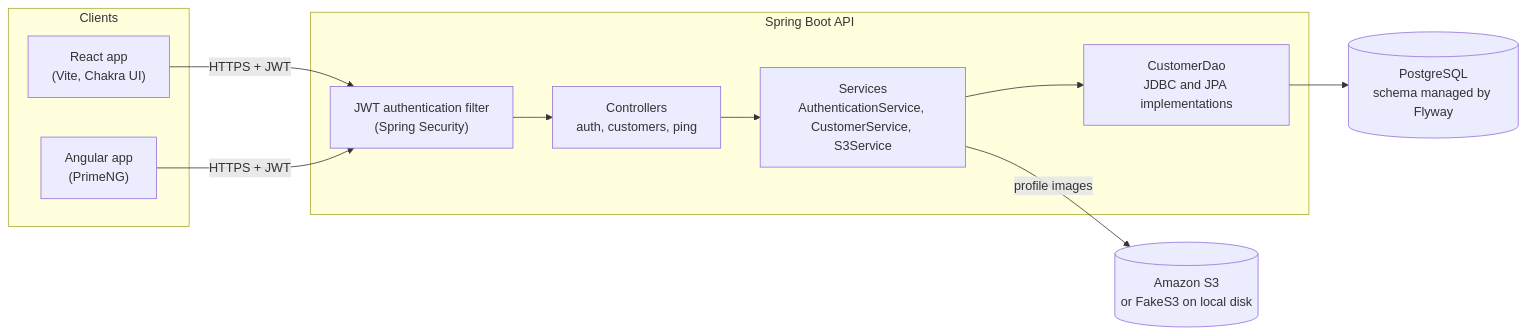
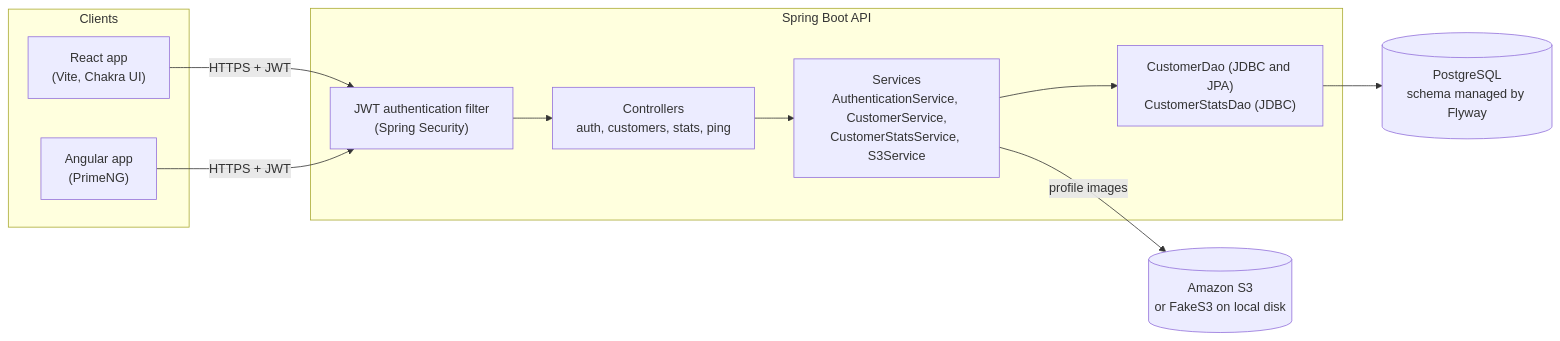
One commit to Rimaz17/clientele changed the first of 3 diagrams in docs/architecture.md. Above: the diagram before and after it, drawn with Mermaid. The commit also changed other lines of this file, not shown here.

Commit message:
docs: describe the stats endpoint in the architecture notes

````diff
--- a/docs/architecture.md
+++ b/docs/architecture.md
@@ -7,25 +7,25 @@
 ```mermaid
 flowchart LR
     subgraph Clients
         React["React app<br/>(Vite, Chakra UI)"]
         Angular["Angular app<br/>(PrimeNG)"]
     end
 
     subgraph API["Spring Boot API"]
         Filter["JWT authentication filter<br/>(Spring Security)"]
-        Controllers["Controllers<br/>auth, customers, ping"]
-        Services["Services<br/>AuthenticationService, CustomerService, S3Service"]
-        DAO["CustomerDao<br/>JDBC and JPA implementations"]
+        Controllers["Controllers<br/>auth, customers, stats, ping"]
+        Services["Services<br/>AuthenticationService, CustomerService,<br/>CustomerStatsService, S3Service"]
+        DAO["CustomerDao (JDBC and JPA)<br/>CustomerStatsDao (JDBC)"]
     end
 
     DB[("PostgreSQL<br/>schema managed by Flyway")]
     S3[("Amazon S3<br/>or FakeS3 on local disk")]
 
     React -- "HTTPS + JWT" --> Filter
     Angular -- "HTTPS + JWT" --> Filter
     Filter --> Controllers
     Controllers --> Services
     Services --> DAO
     DAO --> DB
     Services -- "profile images" --> S3
 ```
````
